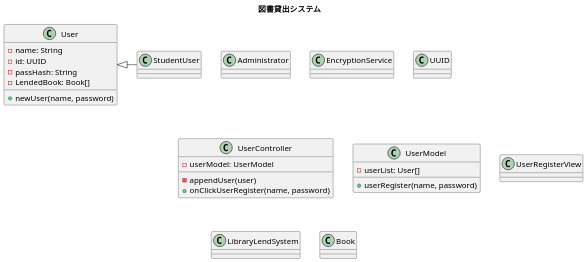
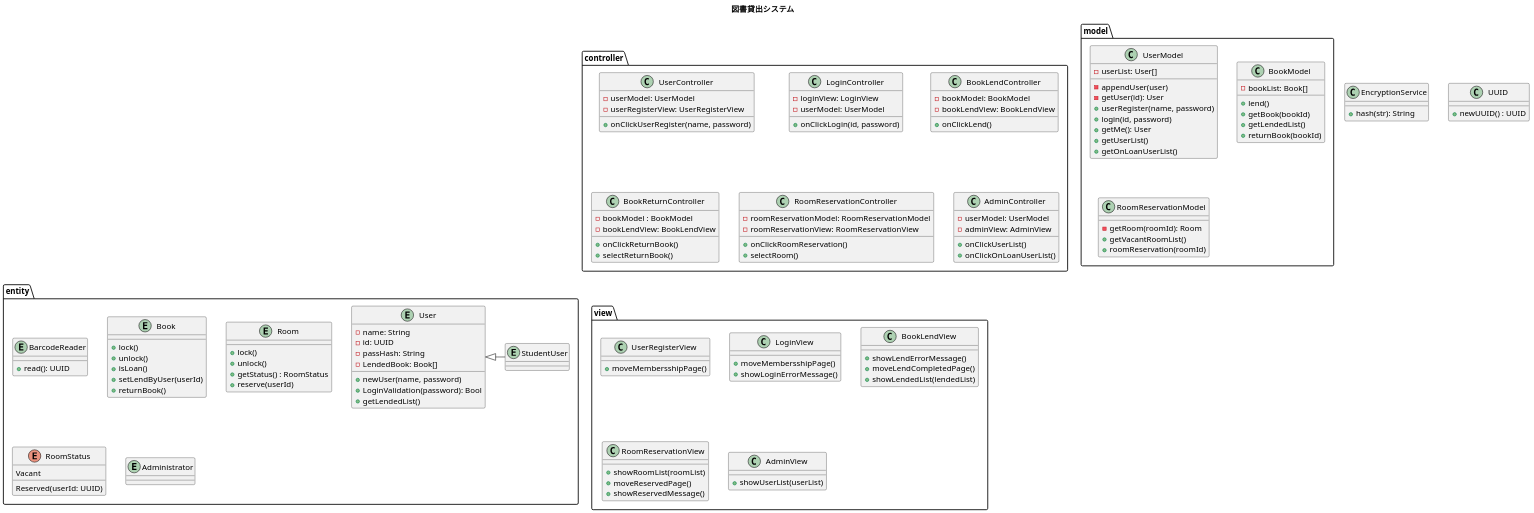
One commit to Romira915/AdvancedSoftwareEngineering3-Task changed the diagram in class.pu. Above: the diagram before and after it, drawn with PlantUML. The commit also changed 1 other file, not shown here.

Commit message:
modifiy: class package

```diff
--- a/class.pu
+++ b/class.pu
@@ -1,37 +1,160 @@
 @startuml 図書貸出システム
 
 title 図書貸出システム
 skinparam dpi 150
 
-class User
-User : -name: String
-User : -id: UUID
-User : -passHash: String
-User : -LendedBook: Book[]
-User : +newUser(name, password)
-
-class StudentUser
-User <|- StudentUser
-
-class Administrator
-
-class EncryptionService
-
-class UUID
-
-class UserController
-UserController : -userModel: UserModel
-UserController : -appendUser(user)
-UserController : +onClickUserRegister(name, password)
-
-class UserModel
-UserModel : -userList: User[]
-UserModel : +userRegister(name, password)
-
-class UserRegisterView
 
 
-class LibraryLendSystem
-class Book
+class EncryptionService {
+    +hash(str): String
+}
+
+class UUID {
+    +newUUID() : UUID
+}
+
+
+
+
+
+
+
+
+
+package controller {
+    class UserController {
+        -userModel: UserModel
+        -userRegisterView: UserRegisterView
+        +onClickUserRegister(name, password)
+    }
+
+    class LoginController {
+        -loginView: LoginView
+        -userModel: UserModel
+        +onClickLogin(id, password)
+    }
+
+    class BookLendController {
+        -bookModel: BookModel
+        -bookLendView: BookLendView
+        +onClickLend()
+    }
+
+    class BookReturnController {
+        -bookModel : BookModel
+        -bookLendView: BookLendView
+        +onClickReturnBook()
+        +selectReturnBook()
+    }
+
+    class RoomReservationController {
+        -roomReservationModel: RoomReservationModel
+        -roomReservationView: RoomReservationView
+        +onClickRoomReservation()
+        +selectRoom()
+    }
+
+    class AdminController {
+        -userModel: UserModel
+        -adminView: AdminView
+        +onClickUserList()
+        +onClickOnLoanUserList()
+    }
+}
+
+package model {
+    class UserModel {
+        -userList: User[]
+        -appendUser(user)
+        -getUser(id): User
+        +userRegister(name, password)
+        +login(id, password)
+        +getMe(): User
+        +getUserList()
+        +getOnLoanUserList()
+    }
+
+    class BookModel {
+        -bookList: Book[]
+        +lend()
+        +getBook(bookId)
+        +getLendedList()
+        +returnBook(bookId)
+    }
+
+    class RoomReservationModel {
+        -getRoom(roomId): Room
+        +getVacantRoomList()
+        +roomReservation(roomId)
+    }
+}
+
+package view {
+    class UserRegisterView {
+        +moveMembersshipPage()
+    }
+
+    class LoginView {
+        +moveMembersshipPage()
+        +showLoginErrorMessage()
+    }
+
+    class BookLendView {
+        +showLendErrorMessage()
+        +moveLendCompletedPage()
+        +showLendedList(lendedList)
+    }
+
+    class RoomReservationView {
+        +showRoomList(roomList)
+        +moveReservedPage()
+        +showReservedMessage()
+    }
+
+    class AdminView {
+        +showUserList(userList)
+    }
+}
+
+package entity {
+    entity BarcodeReader {
+        +read(): UUID
+    }
+
+    entity Book {
+        +lock()
+        +unlock()
+        +isLoan()
+        +setLendByUser(userId)
+        +returnBook()
+    }
+
+    entity Room {
+        +lock()
+        +unlock()
+        +getStatus() : RoomStatus
+        +reserve(userId)
+    }
+
+    enum RoomStatus {
+        Vacant
+        Reserved(userId: UUID)
+    }
+
+    entity User {
+        -name: String
+        -id: UUID
+        -passHash: String
+        -LendedBook: Book[]
+        +newUser(name, password)
+        +LoginValidation(password): Bool
+        +getLendedList()
+    }
+
+    entity StudentUser
+    User <|- StudentUser
+
+    entity Administrator
+}
 
 @enduml
```
